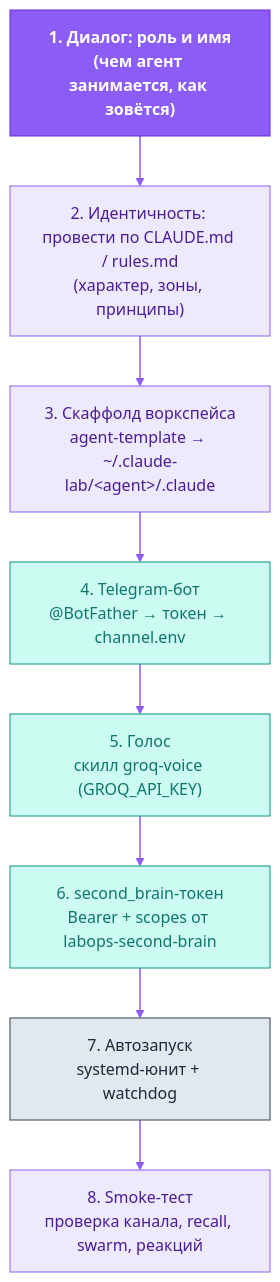
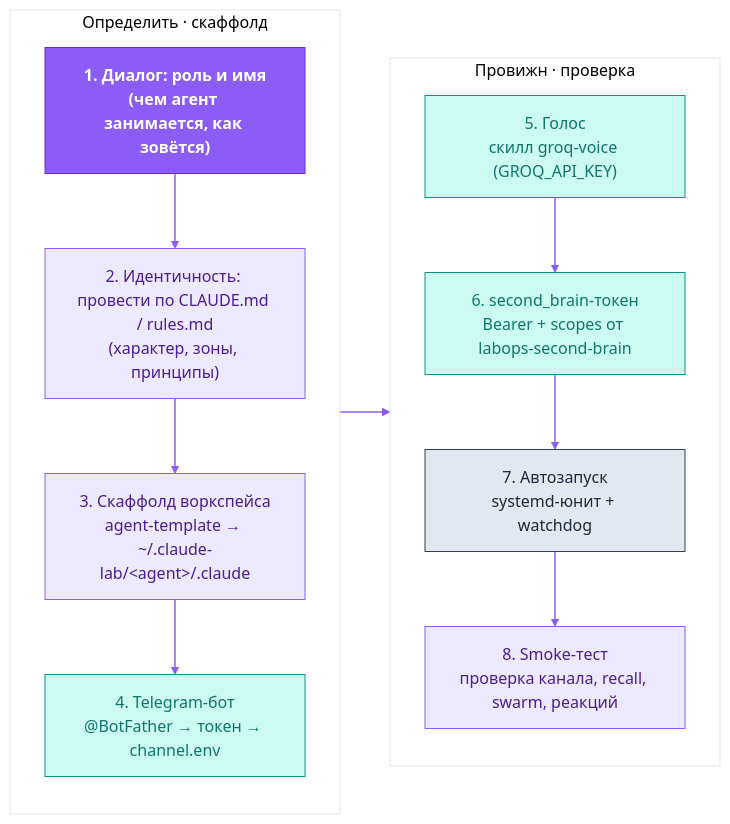
Before and after one commit to dediukhinpa/labops-agent-architecture: the fourth of 4 diagrams in README.ru.md, drawn with Mermaid. The commit also changed other lines of this file and 4 other files, not shown here.

````diff
--- a/README.ru.md
+++ b/README.ru.md
@@ -281,21 +287,29 @@
 ```mermaid
 %%{init: {'theme':'base','themeVariables':{'primaryColor':'#EDE9FE','primaryTextColor':'#4C1D95','primaryBorderColor':'#8B5CF6','lineColor':'#8B5CF6','secondaryColor':'#F1F5F9','tertiaryColor':'#ffffff','fontFamily':'Helvetica,Arial,sans-serif'}}}%%
-flowchart TD
-  S1["1. Диалог: роль и имя<br/>(чем агент занимается, как зовётся)"]
-  S2["2. Идентичность: провести по CLAUDE.md / rules.md<br/>(характер, зоны, принципы)"]
-  S3["3. Скаффолд воркспейса<br/>agent-template → ~/.claude-lab/&lt;agent&gt;/.claude"]
-  S4["4. Telegram-бот<br/>@BotFather → токен → channel.env"]
-  S5["5. Голос<br/>скилл groq-voice (GROQ_API_KEY)"]
-  S6["6. second_brain-токен<br/>Bearer + scopes от labops-second-brain"]
-  S7["7. Автозапуск<br/>systemd-юнит + watchdog"]
-  S8["8. Smoke-тест<br/>проверка канала, recall, swarm, реакций"]
-  S1 --> S2 --> S3 --> S4 --> S5 --> S6 --> S7 --> S8
+flowchart LR
+  subgraph c1["Определить · скаффолд"]
+    direction TB
+    S1["1. Диалог: роль и имя<br/>(чем агент занимается, как зовётся)"]
+    S2["2. Идентичность: провести по CLAUDE.md / rules.md<br/>(характер, зоны, принципы)"]
+    S3["3. Скаффолд воркспейса<br/>agent-template → ~/.claude-lab/&lt;agent&gt;/.claude"]
+    S4["4. Telegram-бот<br/>@BotFather → токен → channel.env"]
+    S1 --> S2 --> S3 --> S4
+  end
+  subgraph c2["Провижн · проверка"]
+    direction TB
+    S5["5. Голос<br/>скилл groq-voice (GROQ_API_KEY)"]
+    S6["6. second_brain-токен<br/>Bearer + scopes от labops-second-brain"]
+    S7["7. Автозапуск<br/>systemd-юнит + watchdog"]
+    S8["8. Smoke-тест<br/>проверка канала, recall, swarm, реакций"]
+    S5 --> S6 --> S7 --> S8
+  end
+  S4 --> S5
   classDef brand fill:#8B5CF6,stroke:#6D28D9,color:#ffffff,font-weight:bold
   classDef ext fill:#CCFBF1,stroke:#0D9488,color:#0F766E
   classDef store fill:#FEF3C7,stroke:#D97706,color:#92400E
   classDef sys fill:#E2E8F0,stroke:#334155,color:#1E293B
   linkStyle default stroke:#8B5CF6,stroke-width:1.5px
   class S1 brand
   class S4,S5,S6 ext
   class S7 sys
 ```
````
